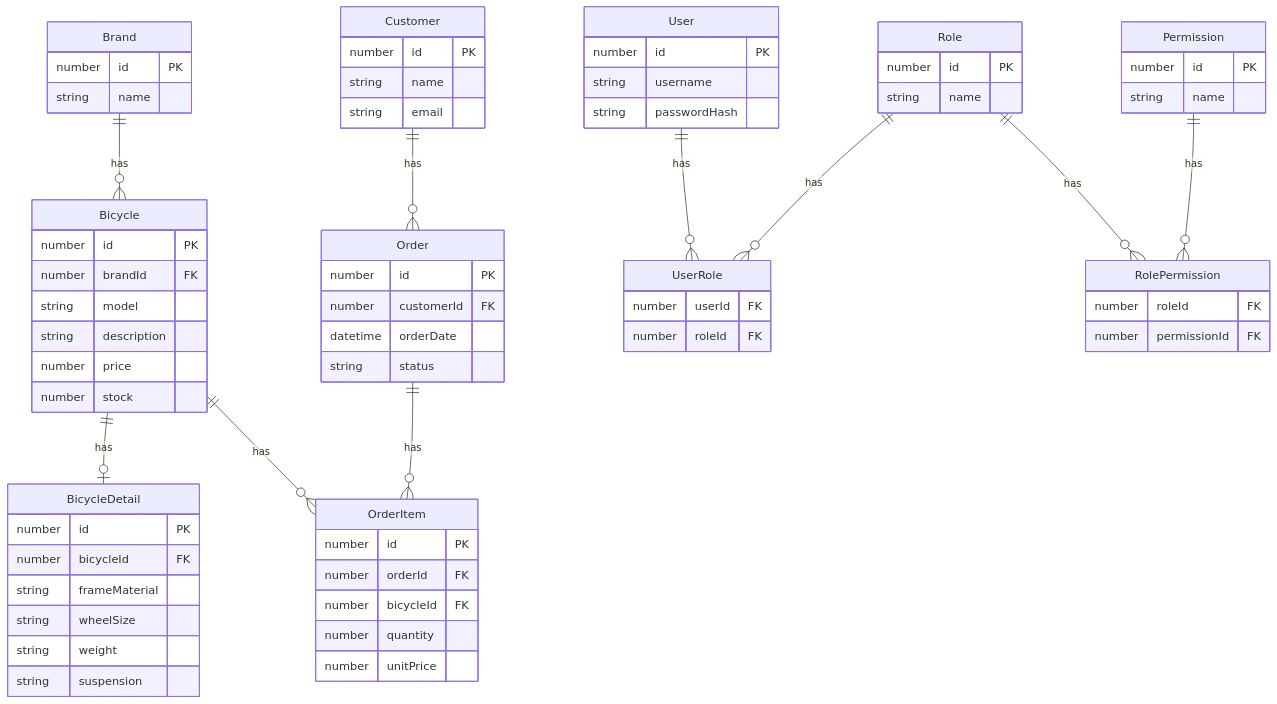
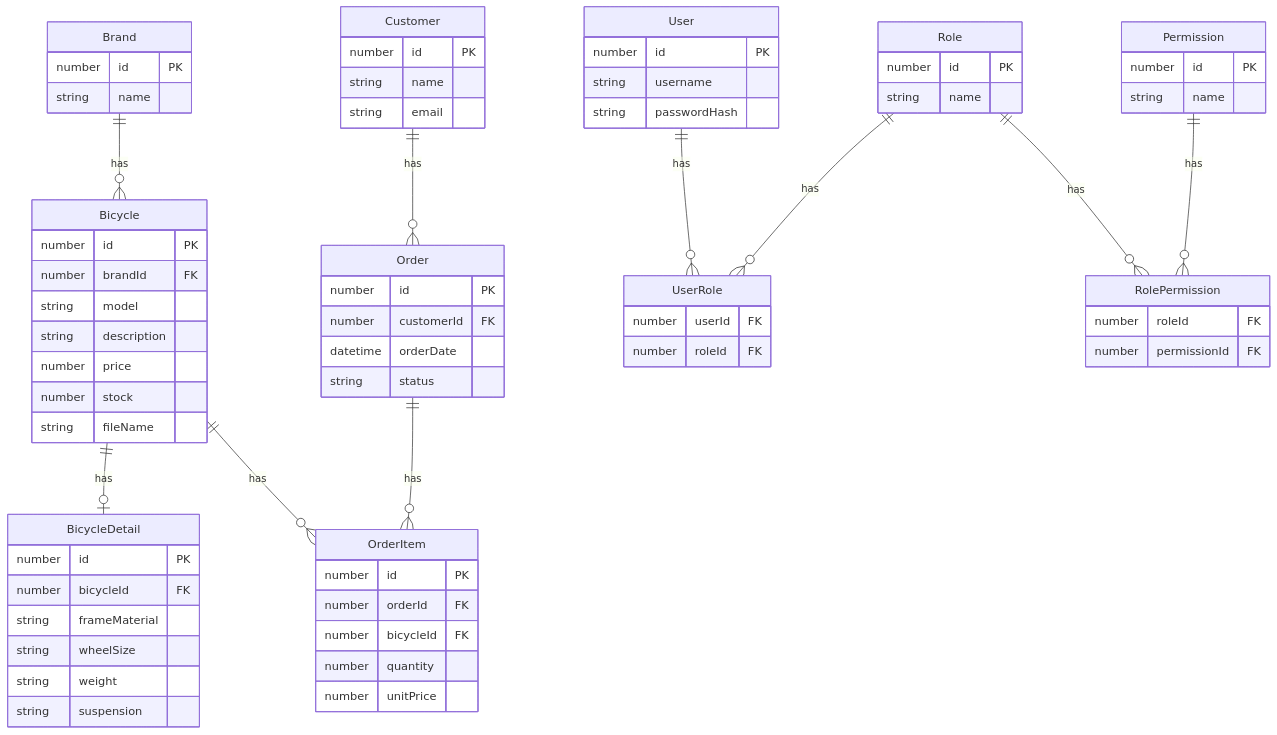
One commit to tcrurav/TypeScript-Express-Sequelize-Associations_and_Queries-Example changed the diagram in README.md. Above: the diagram before and after it, drawn with Mermaid.

Commit message:
fix: README.md

```diff
--- a/README.md
+++ b/README.md
@@ -106,6 +106,7 @@
         string description
         number price
         number stock
+        string fileName
     }
 
     BicycleDetail {
```
